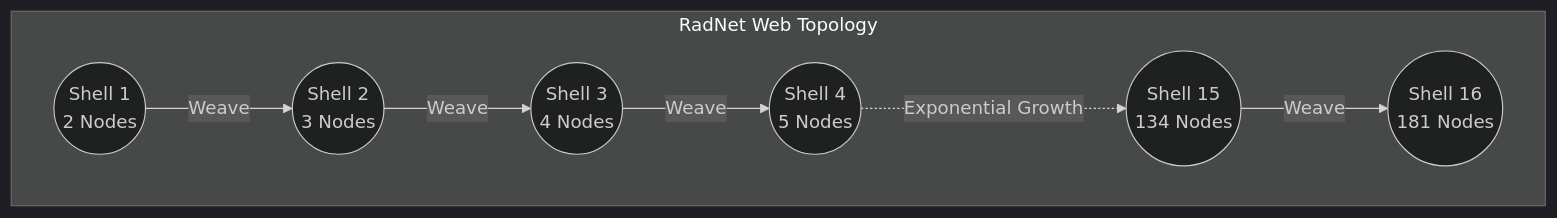
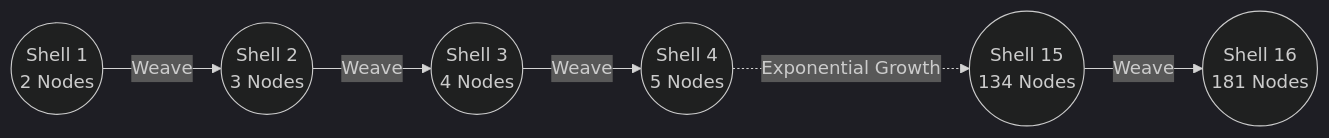
One commit to AnshumanJ28/Radical-Network-RadNET changed the sixth of 7 diagrams in README.md. Above: the diagram before and after it, drawn with Mermaid (dark theme). The commit also changed other lines of this file, not shown here.

Commit message:
Clean mermaid background and add node-level ring topology diagram

````diff
--- a/README.md
+++ b/README.md
@@ -152,11 +152,8 @@
 ```mermaid
 graph LR
-    subgraph RadNet Web Topology
-        direction LR
-        S1((Shell 1<br>2 Nodes)) -->|Weave| S2((Shell 2<br>3 Nodes))
-        S2 -->|Weave| S3((Shell 3<br>4 Nodes))
-        S3 -->|Weave| S4((Shell 4<br>5 Nodes))
-        S4 -.->|Exponential Growth| S15((Shell 15<br>134 Nodes))
-        S15 -->|Weave| S16((Shell 16<br>181 Nodes))
-    end
+    S1((Shell 1<br>2 Nodes)) -->|Weave| S2((Shell 2<br>3 Nodes))
+    S2 -->|Weave| S3((Shell 3<br>4 Nodes))
+    S3 -->|Weave| S4((Shell 4<br>5 Nodes))
+    S4 -.->|Exponential Growth| S15((Shell 15<br>134 Nodes))
+    S15 -->|Weave| S16((Shell 16<br>181 Nodes))
 ```
````
